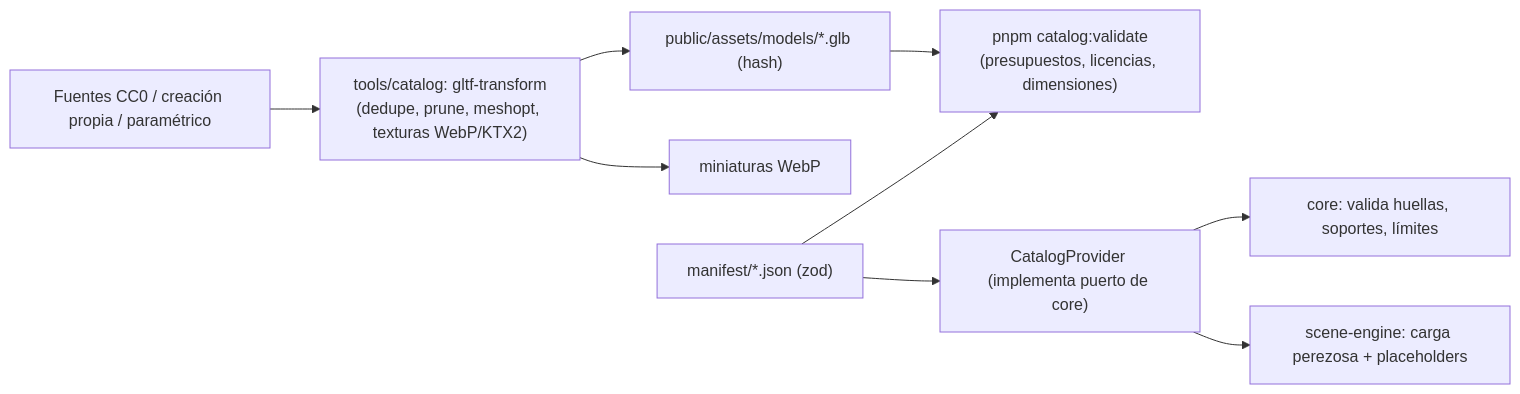
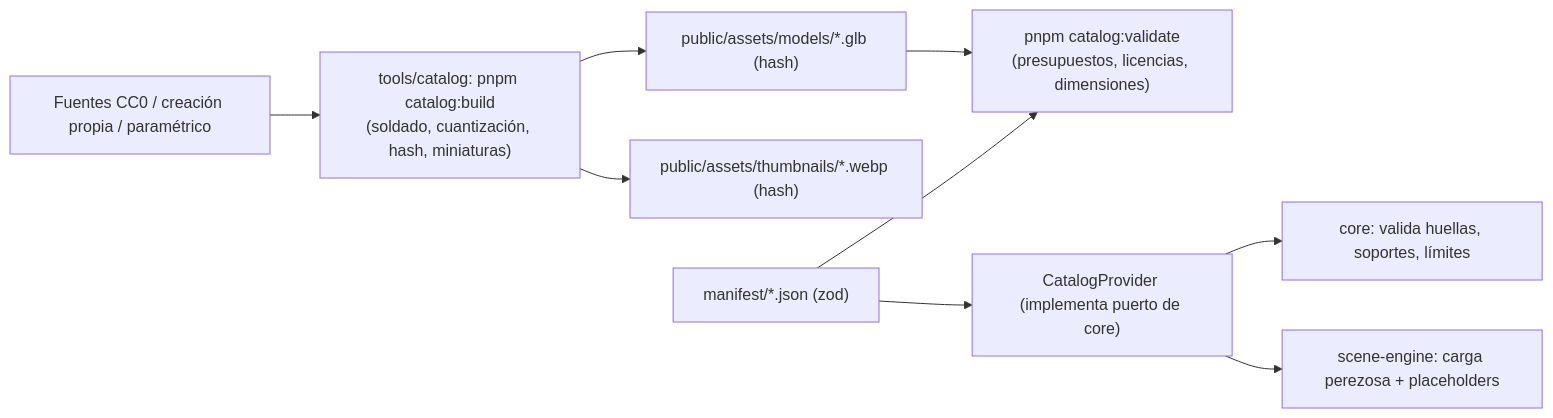
The fifth of 7 diagrams in docs/ARCHITECTURE.md (MarcSagues/room-forge), drawn with Mermaid before and after one commit. The commit also changed other lines of this file and 67 other files, not shown here.

First line of the commit message:
feat(catalog): quantized, content-hashed models and thumbnails

````diff
--- a/docs/ARCHITECTURE.md
+++ b/docs/ARCHITECTURE.md
@@ -431,11 +431,11 @@
 ```mermaid
 flowchart LR
-  SRC[Fuentes CC0 / creación propia / paramétrico] --> PIPE["tools/catalog: gltf-transform\n(dedupe, prune, meshopt, texturas WebP/KTX2)"]
+  SRC[Fuentes CC0 / creación propia / paramétrico] --> PIPE["tools/catalog: pnpm catalog:build\n(soldado, cuantización, hash, miniaturas)"]
   PIPE --> GLB["public/assets/models/*.glb (hash)"]
-  PIPE --> THUMB["miniaturas WebP"]
+  PIPE --> THUMB["public/assets/thumbnails/*.webp (hash)"]
   MAN["manifest/*.json (zod)"] --> VAL["pnpm catalog:validate\n(presupuestos, licencias, dimensiones)"]
   GLB --> VAL
   MAN --> PROV["CatalogProvider (implementa puerto de core)"]
   PROV --> CORE["core: valida huellas, soportes, límites"]
   PROV --> SCN["scene-engine: carga perezosa + placeholders"]
 ```
````
